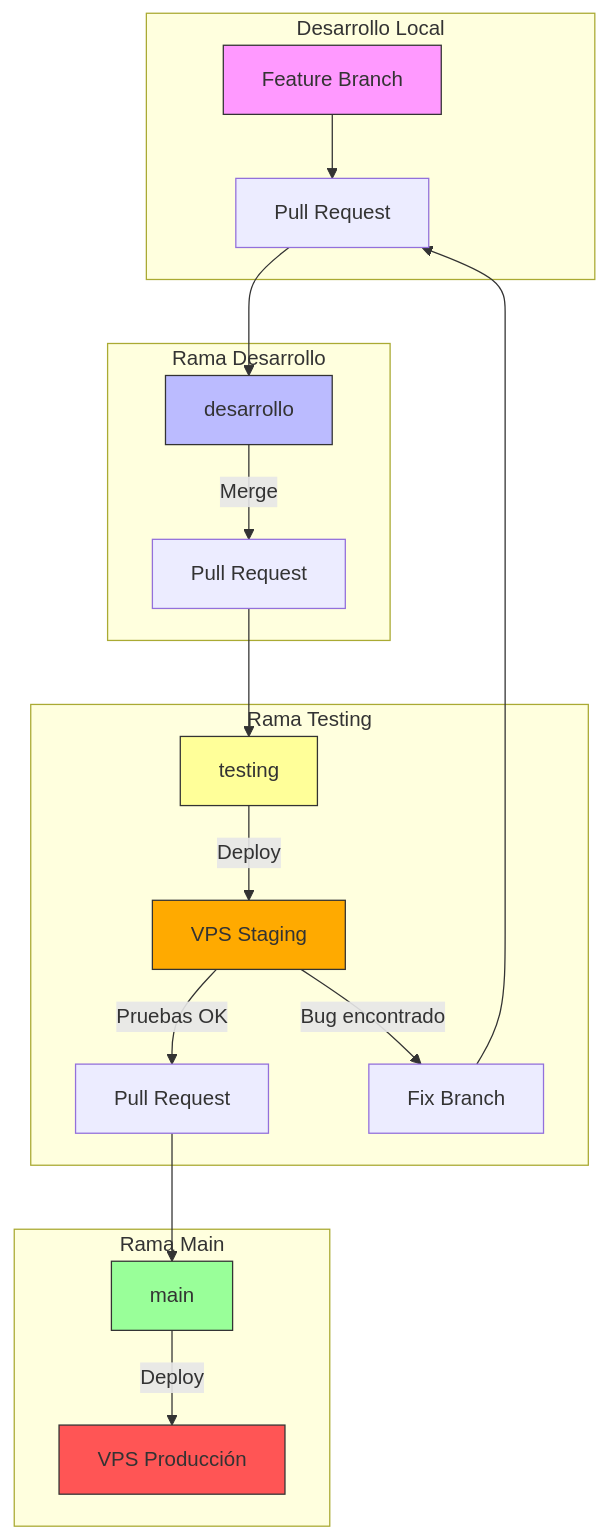
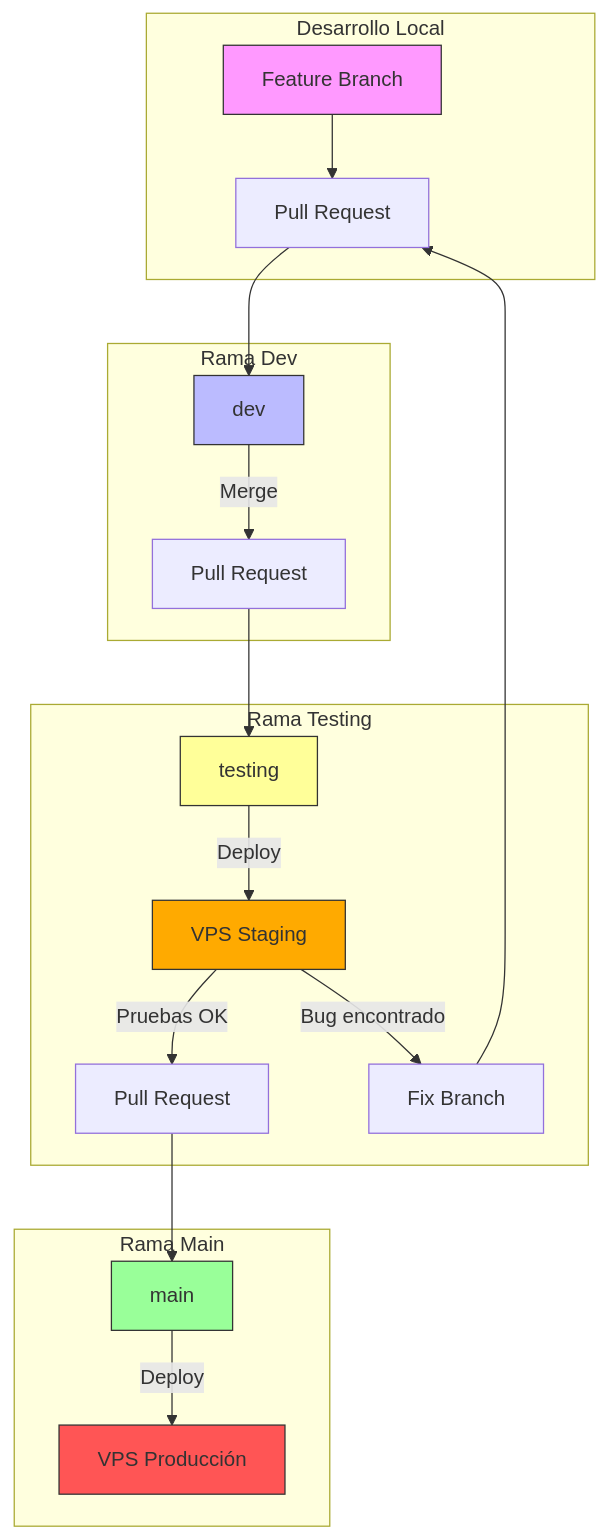
Before and after one commit to ersus93/bbalert: the diagram in docs/WORKFLOW.md, drawn with Mermaid. The commit also changed other lines of this file and 2 other files, not shown here.

Commit message:
refactor: simplificar flujo de trabajo usando 'dev' en lugar de 'desarrollo'

````diff
--- a/docs/WORKFLOW.md
+++ b/docs/WORKFLOW.md
@@ -5,31 +5,31 @@
 ```mermaid
 flowchart TB
     subgraph Desarrollo Local
         FB[Feature Branch] --> PR1[Pull Request]
     end
     
-    subgraph Rama Desarrollo
-        PR1 --> DES[desarrollo]
-        DES --> |Merge| PR2[Pull Request]
+    subgraph Rama Dev
+        PR1 --> DEV[dev]
+        DEV --> |Merge| PR2[Pull Request]
     end
     
     subgraph Rama Testing
         PR2 --> TEST[testing]
         TEST --> |Deploy| VPS1[VPS Staging]
         VPS1 --> |Pruebas OK| PR3[Pull Request]
         VPS1 --> |Bug encontrado| FIX[Fix Branch]
         FIX --> PR1
     end
     
     subgraph Rama Main
         PR3 --> MAIN[main]
         MAIN --> |Deploy| VPS2[VPS Producción]
     end
     
     style FB fill:#f9f,stroke:#333
-    style DES fill:#bbf,stroke:#333
+    style DEV fill:#bbf,stroke:#333
     style TEST fill:#ff9,stroke:#333
     style MAIN fill:#9f9,stroke:#333
     style VPS1 fill:#fa0,stroke:#333
     style VPS2 fill:#f55,stroke:#333
 ```
````
